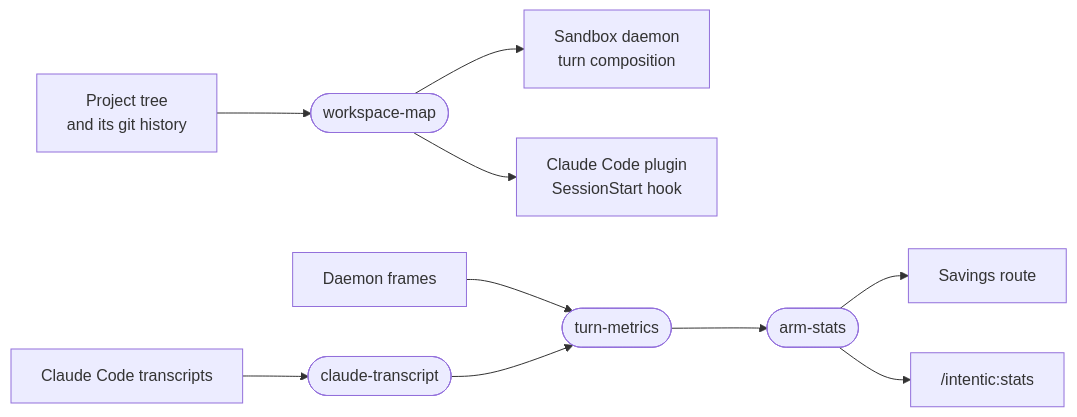
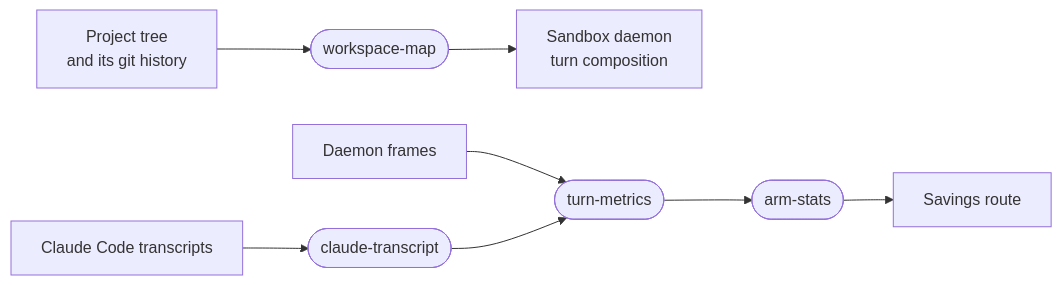
Before and after one commit to intentic/intentic: the diagram in _sandbox/agent-context/README.md, drawn with Mermaid. The commit also changed other lines of this file and 57 other files, not shown here.

First line of the commit message:
feat!: remove claude-plugin</arg_value>Actually, let me reconsider. Looking at the diff more

````diff
--- a/_sandbox/agent-context/README.md
+++ b/_sandbox/agent-context/README.md
@@ -5,11 +5,9 @@
 ```mermaid
 flowchart LR
     tree["Project tree<br/>and its git history"] --> map(["workspace-map"])
     map --> daemon["Sandbox daemon<br/>turn composition"]
-    map --> plugin["Claude Code plugin<br/>SessionStart hook"]
     frames["Daemon frames"] --> metrics(["turn-metrics"])
     transcripts["Claude Code transcripts"] --> reader(["claude-transcript"]) --> metrics
     metrics --> stats(["arm-stats"])
     stats --> savings["Savings route"]
-    stats --> report["/intentic:stats"]
 ```
````
